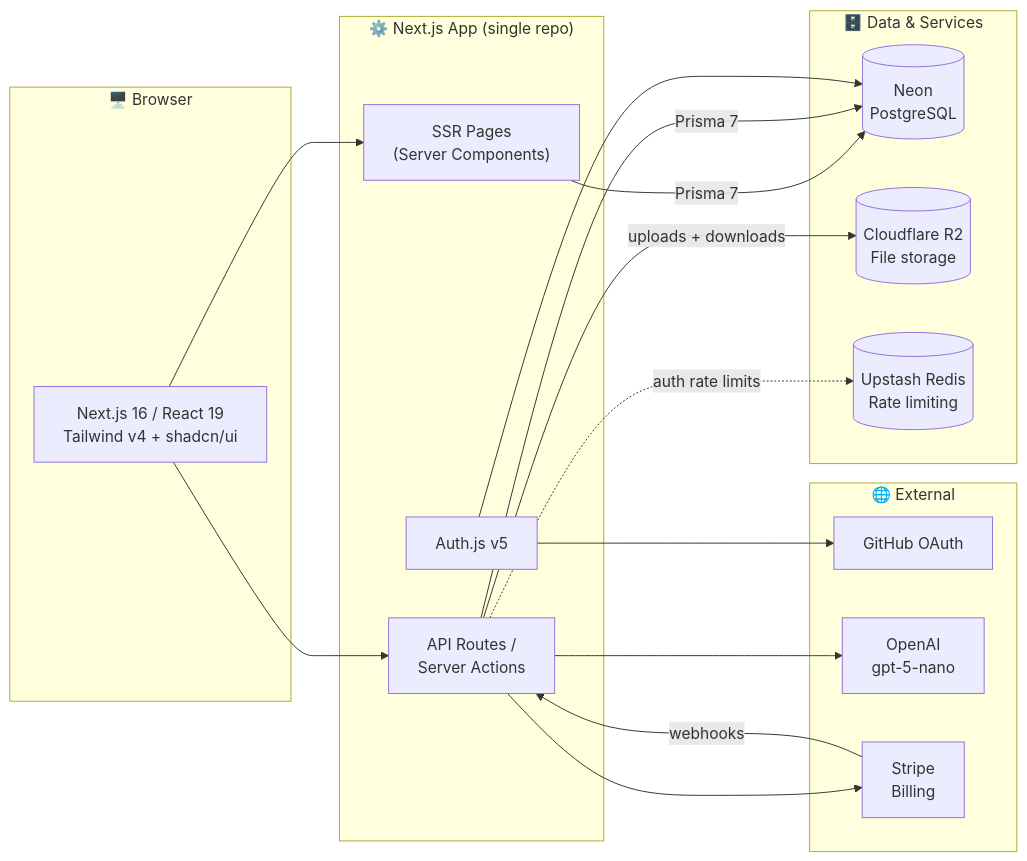
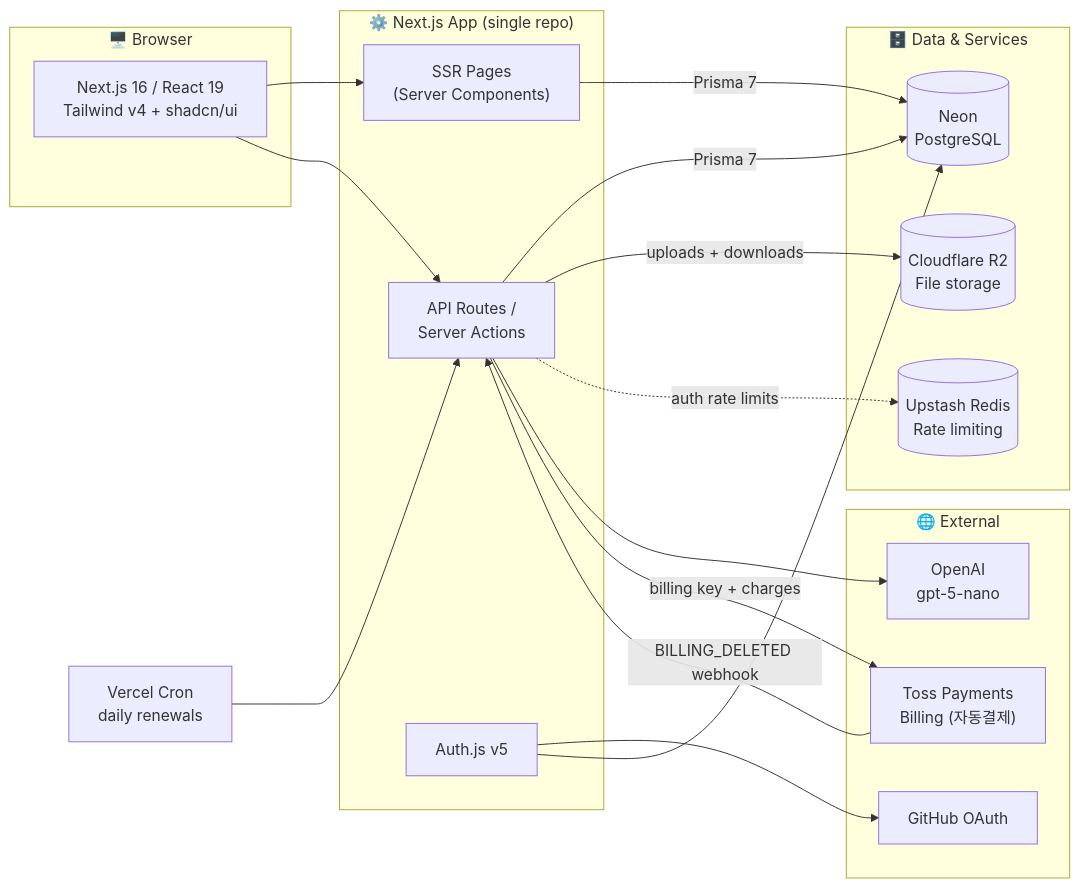
One commit to sardordev11/devlore changed the second of 3 diagrams in context/project-overview.md. Above: the diagram before and after it, drawn with Mermaid. The commit also changed other lines of this file and 48 other files, not shown here.

First line of the commit message:
feat: add Toss Pay billing flow, renewals and plan gating

````diff
--- a/context/project-overview.md
+++ b/context/project-overview.md
@@ -485,36 +483,37 @@
 ```mermaid
 flowchart LR
     subgraph Client["🖥️ Browser"]
         UI["Next.js 16 / React 19<br/>Tailwind v4 + shadcn/ui"]
     end
 
     subgraph App["⚙️ Next.js App (single repo)"]
         SSR["SSR Pages<br/>(Server Components)"]
         API["API Routes /<br/>Server Actions"]
         AUTH["Auth.js v5"]
     end
 
     subgraph Data["🗄️ Data & Services"]
         DB[("Neon<br/>PostgreSQL")]
         R2[("Cloudflare R2<br/>File storage")]
         REDIS[("Upstash Redis<br/>Rate limiting")]
     end
 
     subgraph External["🌐 External"]
         GH["GitHub OAuth"]
         OAI["OpenAI<br/>gpt-5-nano"]
-        STRIPE["Stripe<br/>Billing"]
+        TOSS["Toss Payments<br/>Billing (자동결제)"]
     end
 
     UI --> SSR
     UI --> API
     SSR -->|Prisma 7| DB
     API -->|Prisma 7| DB
     API -->|uploads + downloads| R2
     API -.->|auth rate limits| REDIS
     AUTH --> GH
     AUTH --> DB
     API --> OAI
-    API --> STRIPE
-    STRIPE -->|webhooks| API
+    API -->|billing key + charges| TOSS
+    TOSS -->|BILLING_DELETED webhook| API
+    CRON["Vercel Cron<br/>daily renewals"] --> API
 ```
````
